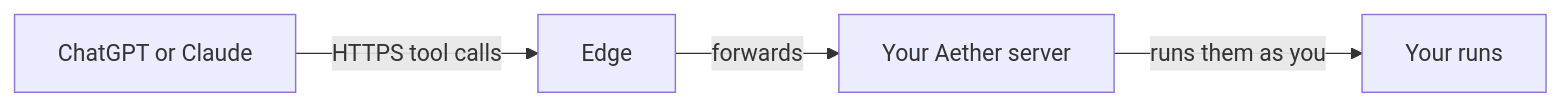
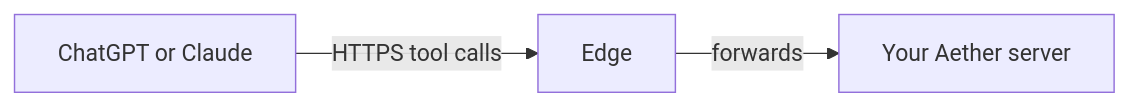
Before and after one commit to 3xDevOps/aether: the diagram in docs/connectors.md, drawn with Mermaid. The commit also changed other lines of this file and 2 other files, not shown here.

````diff
--- a/docs/connectors.md
+++ b/docs/connectors.md
@@ -9,6 +9,5 @@
 ```mermaid
 flowchart LR
     A[ChatGPT or Claude] -->|HTTPS tool calls| E[Edge]
     E -->|forwards| S[Your Aether server]
-    S -->|runs them as you| R[Your runs]
 ```
````
